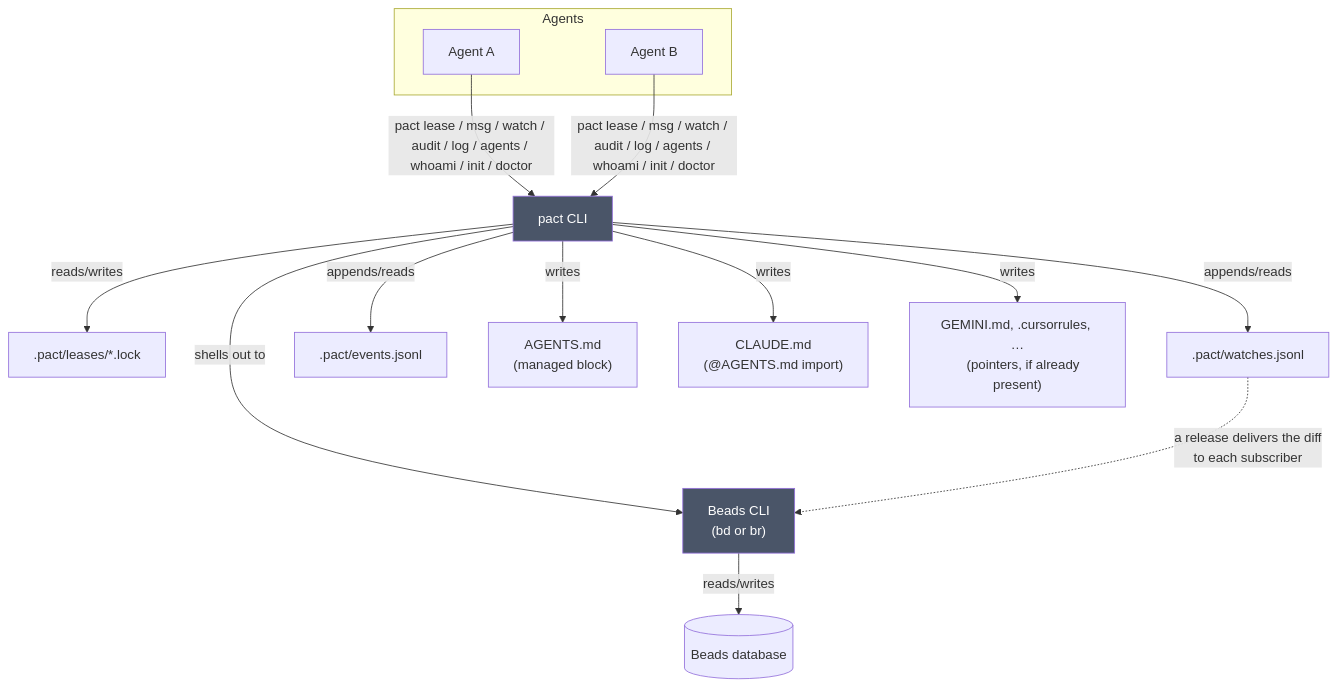
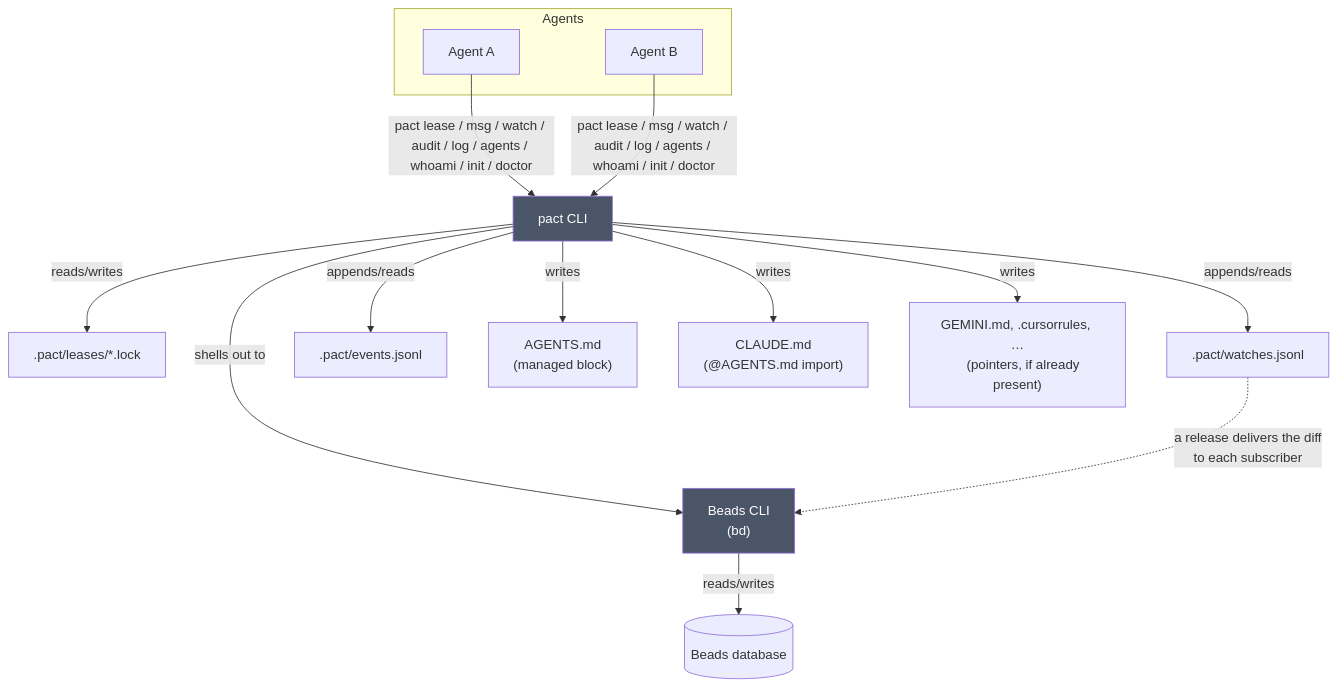
The diagram in docs/architecture.md (chussenot/pact), drawn with Mermaid before and after one commit. The commit also changed other lines of this file and 20 other files, not shown here.

````diff
--- a/docs/architecture.md
+++ b/docs/architecture.md
@@ -16,28 +16,28 @@
 ```mermaid
 flowchart TB
     subgraph Agents
         A[Agent A]
         B[Agent B]
     end
 
     A -->|"pact lease / msg / watch / audit / log / agents / whoami / init / doctor"| P[pact CLI]
     B -->|"pact lease / msg / watch / audit / log / agents / whoami / init / doctor"| P
 
     P -->|reads/writes| L[".pact/leases/*.lock"]
     P -->|appends/reads| W[".pact/watches.jsonl"]
     P -->|appends/reads| R[".pact/events.jsonl"]
     P -->|writes| M["AGENTS.md
     (managed block)"]
     P -->|writes| C["CLAUDE.md
     (@AGENTS.md import)"]
     P -->|writes| I["GEMINI.md, .cursorrules, …
     (pointers, if already present)"]
     P -->|shells out to| BD["Beads CLI
-    (bd or br)"]
+    (bd)"]
     BD -->|reads/writes| DB[(Beads database)]
 
     W -.->|"a release delivers the diff<br/>to each subscriber"| BD
 
     style P fill:#4a5568,color:#fff
     style BD fill:#4a5568,color:#fff
 ```
````
